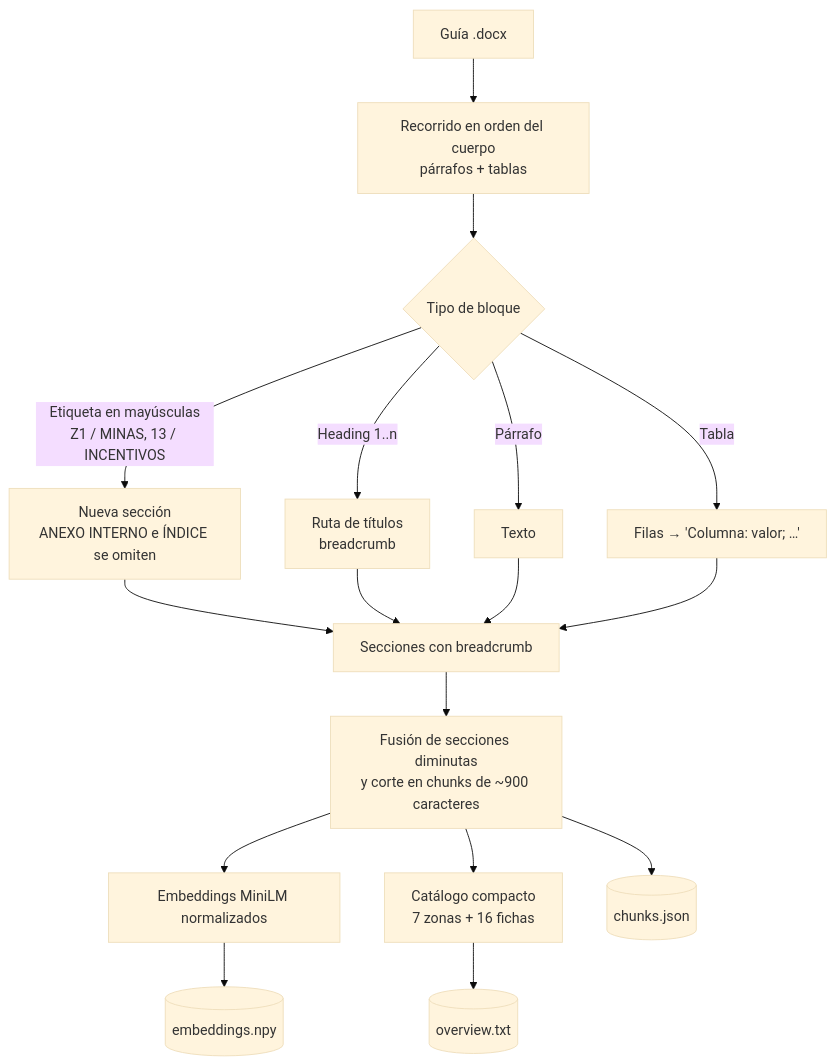
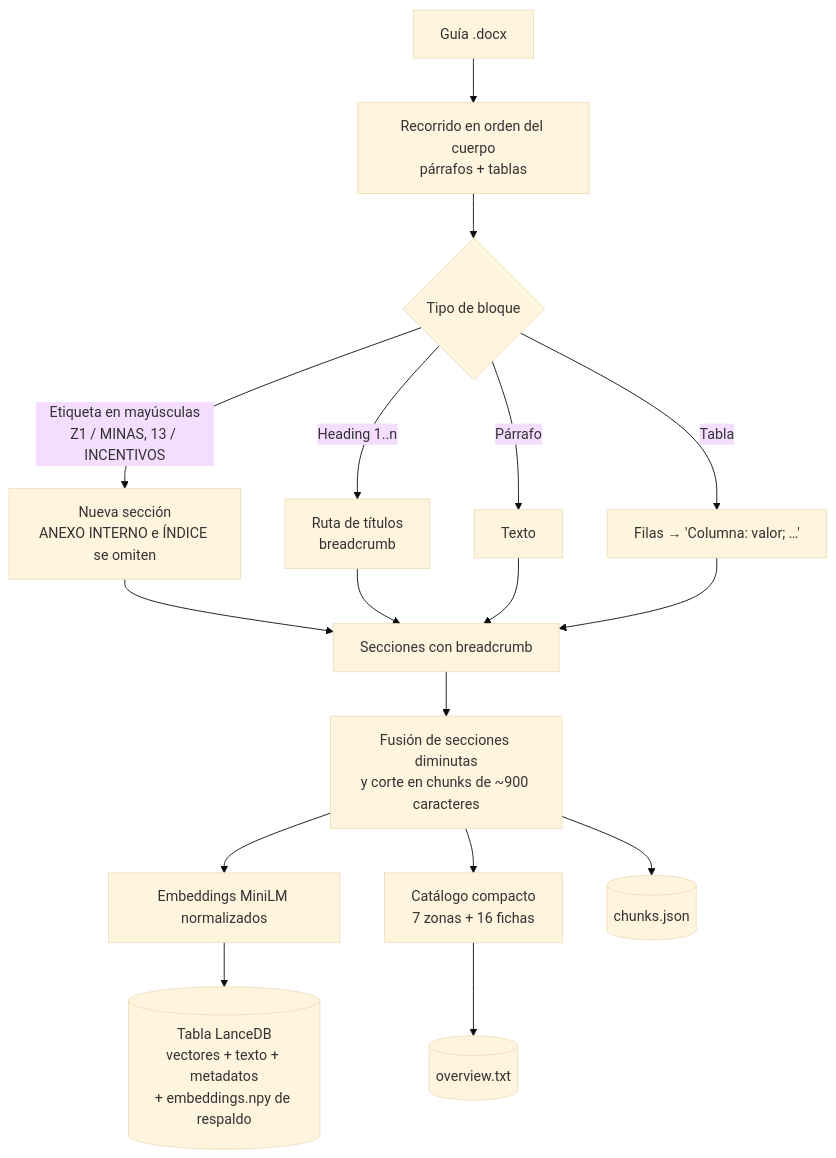
The second of 6 diagrams in Arquitectura.md (NebyX1/invest-lavalleja-rag-chat), drawn with Mermaid (base theme) before and after one commit. The commit also changed other lines of this file and 11 other files, not shown here.

Commit message:
Integra LanceDB como almacén vectorial por defecto (con alternativa NumPy), metadatos y filtros; actualiza documentación

````diff
--- a/Arquitectura.md
+++ b/Arquitectura.md
@@ -63,16 +63,16 @@
 ```mermaid
 flowchart TD
     A[Guía .docx] --> B[Recorrido en orden del cuerpo<br/>párrafos + tablas]
     B --> C{Tipo de bloque}
     C -->|Etiqueta en mayúsculas<br/>Z1 / MINAS, 13 / INCENTIVOS| D[Nueva sección<br/>ANEXO INTERNO e ÍNDICE se omiten]
     C -->|Heading 1..n| E[Ruta de títulos<br/>breadcrumb]
     C -->|Párrafo| F[Texto]
     C -->|Tabla| G[Filas → 'Columna: valor; …']
     D & E & F & G --> H[Secciones con breadcrumb]
     H --> I[Fusión de secciones diminutas<br/>y corte en chunks de ~900 caracteres]
     I --> J[Embeddings MiniLM normalizados]
     I --> K[Catálogo compacto<br/>7 zonas + 16 fichas]
-    J --> L[(embeddings.npy)]
+    J --> L[(Tabla LanceDB<br/>vectores + texto + metadatos<br/>+ embeddings.npy de respaldo)]
     I --> M[(chunks.json)]
     K --> N[(overview.txt)]
 ```
````
